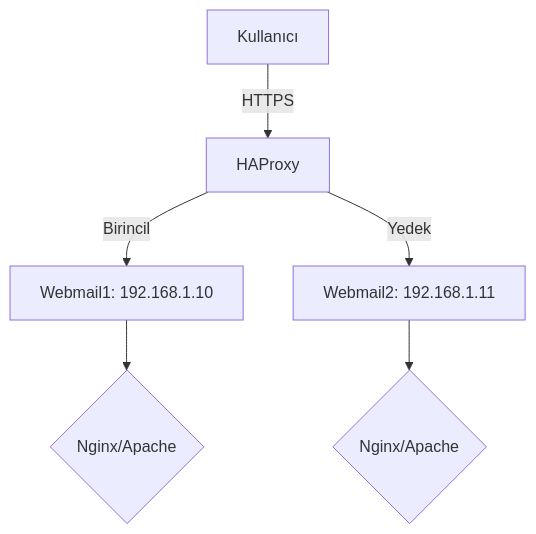
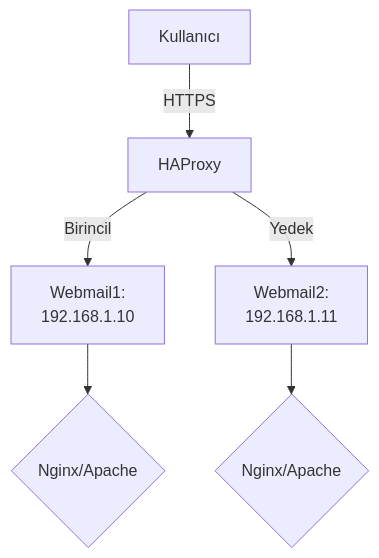
The second of 5 diagrams in README.md (ugurcomptech/Mail-Cluster), drawn with Mermaid before and after one commit. The commit also changed other lines of this file, not shown here.

````diff
--- a/README.md
+++ b/README.md
@@ -90,8 +91,8 @@
 ```mermaid
 graph TD
     A[Kullanıcı] -->|HTTPS| B[HAProxy]
-    B -->|Birincil| C[Webmail1: 192.168.1.10]
-    B -->|Yedek| D[Webmail2: 192.168.1.11]
+    B -->|Birincil| C[Webmail1:<br>192.168.1.10]
+    B -->|Yedek| D[Webmail2:<br>192.168.1.11]
     C --> E{Nginx/Apache}
     D --> F{Nginx/Apache}
 ```
````
